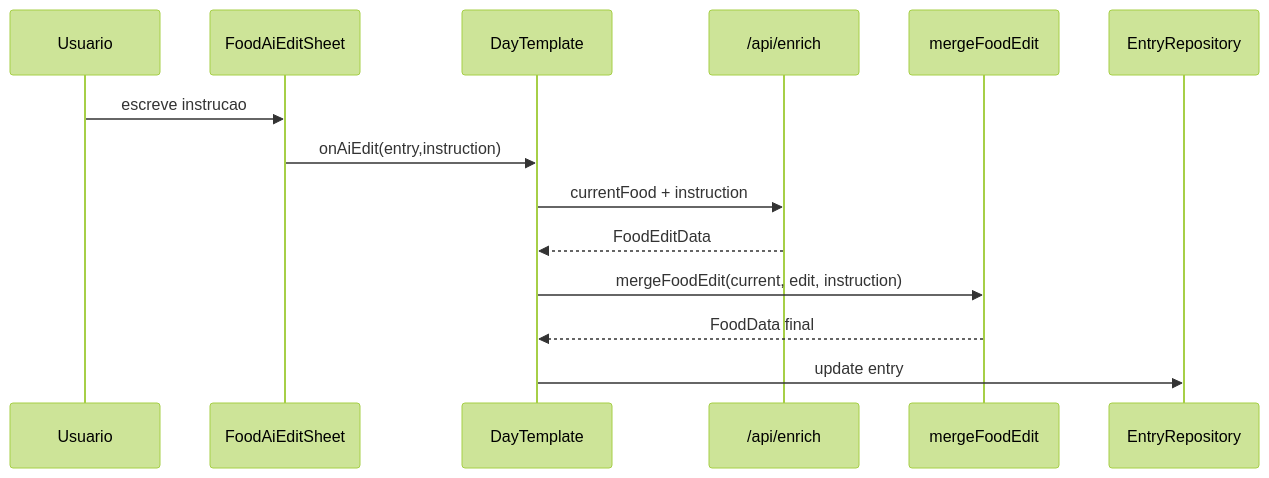
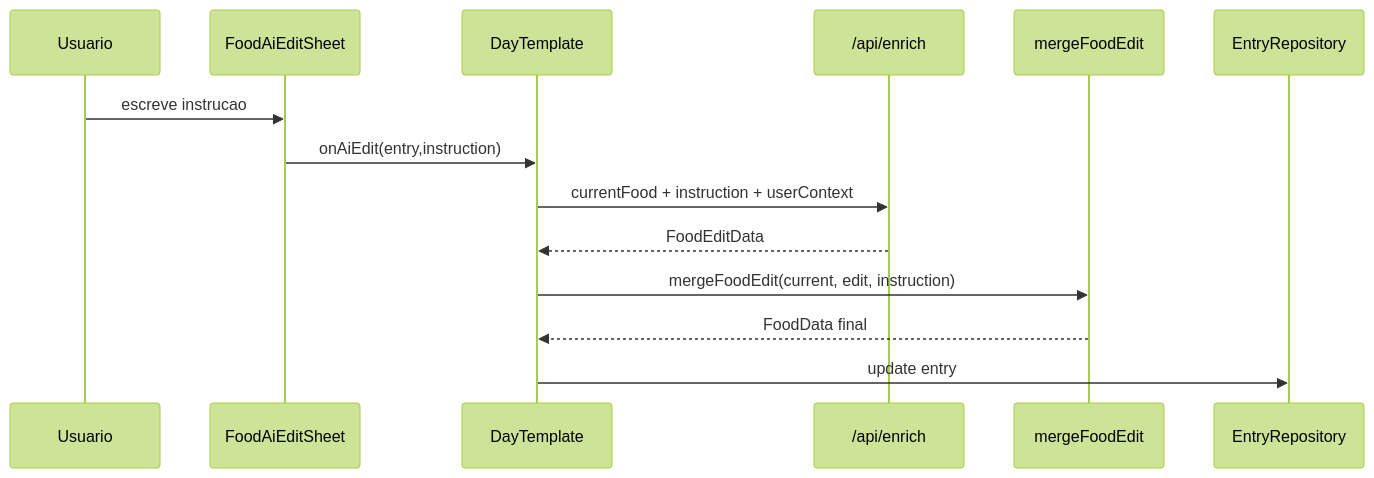
The ninth of 10 diagrams in docs/data-flows.md (ompo-dev/Gym), drawn with Mermaid (forest theme) before and after one commit. The commit also changed other lines of this file and 43 other files, not shown here.

````diff
--- a/docs/data-flows.md
+++ b/docs/data-flows.md
@@ -195,17 +200,17 @@
 ```mermaid
 sequenceDiagram
   participant User as Usuario
   participant AiSheet as FoodAiEditSheet
   participant Template as DayTemplate
   participant API as /api/enrich
   participant Merge as mergeFoodEdit
   participant Repo as EntryRepository
 
   User->>AiSheet: escreve instrucao
   AiSheet->>Template: onAiEdit(entry,instruction)
-  Template->>API: currentFood + instruction
+  Template->>API: currentFood + instruction + userContext
   API-->>Template: FoodEditData
   Template->>Merge: mergeFoodEdit(current, edit, instruction)
   Merge-->>Template: FoodData final
   Template->>Repo: update entry
 ```
````
